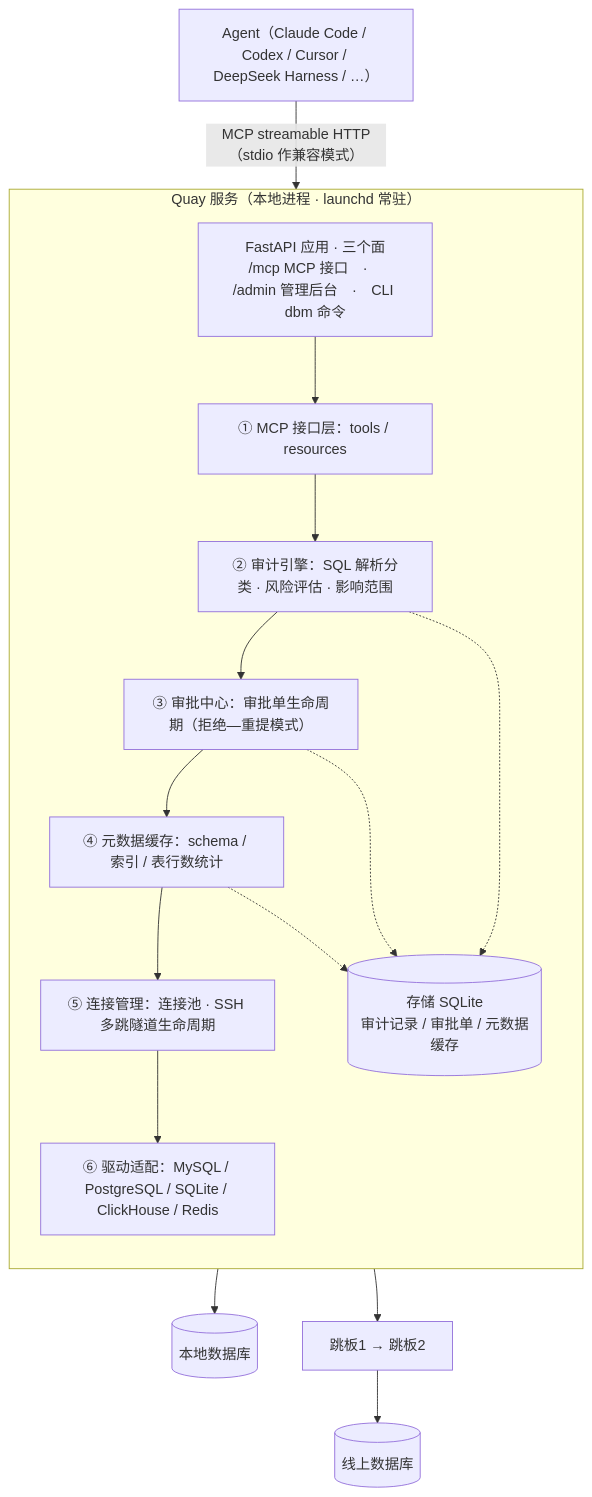
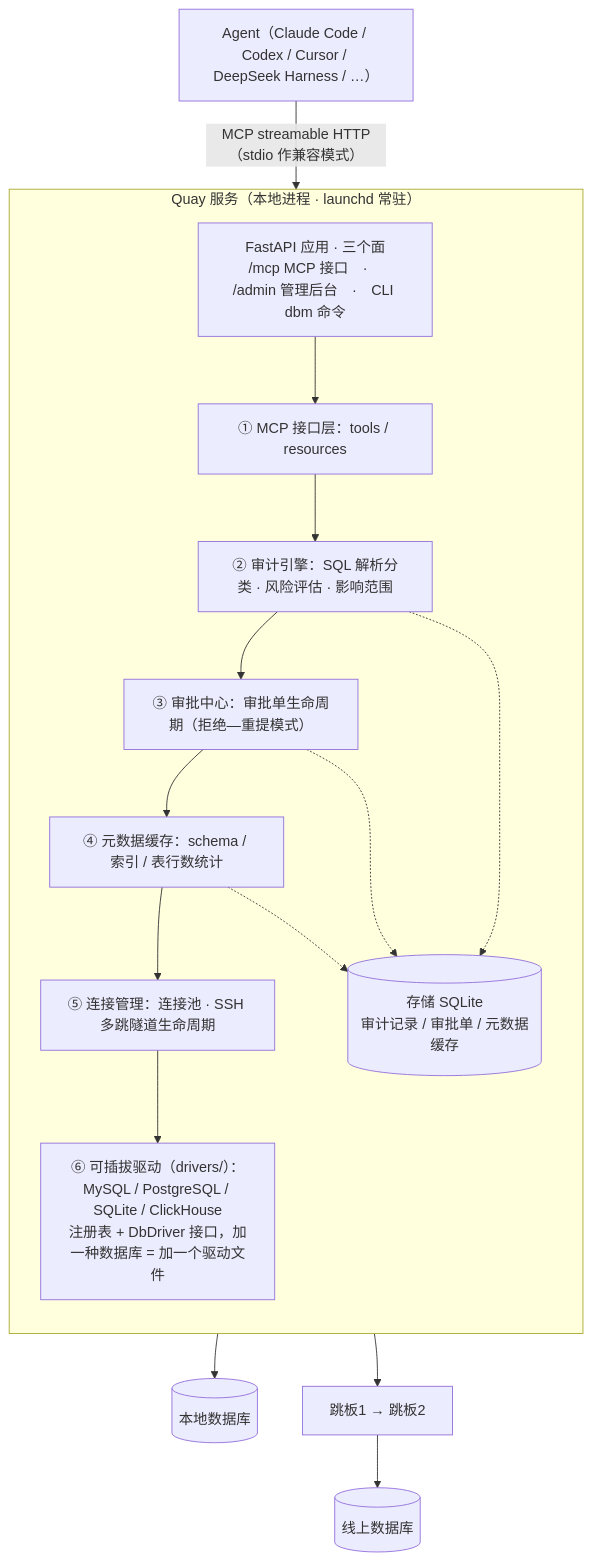
One commit to jianxinliu/Quay changed the first of 2 diagrams in DESIGN.md. Above: the diagram before and after it, drawn with Mermaid. The commit also changed other lines of this file and 34 other files, not shown here.

````diff
--- a/DESIGN.md
+++ b/DESIGN.md
@@ -18,24 +18,24 @@
 ```mermaid
 flowchart TB
     A["Agent（Claude Code / Codex / Cursor / DeepSeek Harness / …）"]
     A -->|"MCP streamable HTTP（stdio 作兼容模式）"| Q
 
     subgraph Q["Quay 服务（本地进程 · launchd 常驻）"]
         direction TB
         F["FastAPI 应用 · 三个面<br/>/mcp MCP 接口　·　/admin 管理后台　·　CLI dbm 命令"]
         L1["① MCP 接口层：tools / resources"]
         L2["② 审计引擎：SQL 解析分类 · 风险评估 · 影响范围"]
         L3["③ 审批中心：审批单生命周期（拒绝—重提模式）"]
         L4["④ 元数据缓存：schema / 索引 / 表行数统计"]
         L5["⑤ 连接管理：连接池 · SSH 多跳隧道生命周期"]
-        L6["⑥ 驱动适配：MySQL / PostgreSQL / SQLite / ClickHouse / Redis"]
+        L6["⑥ 可插拔驱动（drivers/）：MySQL / PostgreSQL / SQLite / ClickHouse<br/>注册表 + DbDriver 接口，加一种数据库 = 加一个驱动文件"]
         S[("存储 SQLite<br/>审计记录 / 审批单 / 元数据缓存")]
         F --> L1 --> L2 --> L3 --> L4 --> L5 --> L6
         L2 -.-> S
         L3 -.-> S
         L4 -.-> S
     end
 
     Q --> DB1[("本地数据库")]
     Q --> J["跳板1 → 跳板2"] --> DB2[("线上数据库")]
 ```
````
